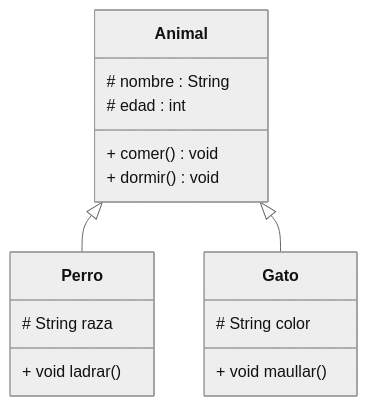
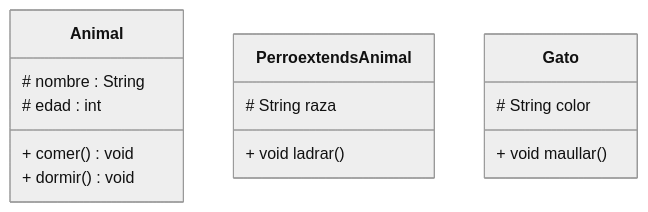
The diagram in diagrams/herencia.md (jesus-castro89/poo), drawn with Mermaid before and after one commit. The commit also changed 18 other files, not shown here.

Commit message:
Diagramas de Clases

````diff
--- a/diagrams/herencia.md
+++ b/diagrams/herencia.md
@@ -1,26 +1,23 @@
 ```mermaid
 ---
 config:
   theme: 'neutral'
 ---
 classDiagram
     class Animal {
         # nombre : String
         # edad : int
         + comer() void
         + dormir() void
     }
 
-    class Perro  {
+    class Perro extends Animal {
         # String raza
         + void ladrar()
     }
 
     class Gato {
         # String color
         + void maullar()
     }
-
-    Animal <|-- Perro
-    Animal <|-- Gato
 ```
````
